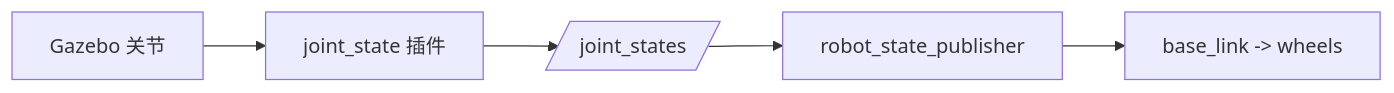
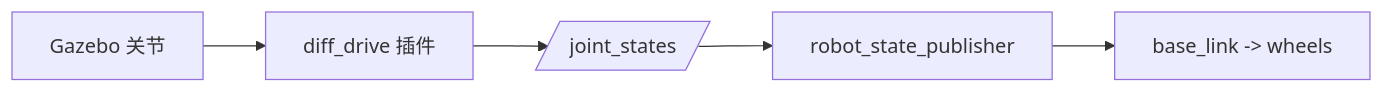
One commit to OpenHUTB/ros2 changed the second of 2 diagrams in docs/chapter/chap1/gazebo_04_diff_drive.md. Above: the diagram before and after it, drawn with Mermaid. The commit also changed other lines of this file and 8 other files, not shown here.

Commit message:
docs: add Gazebo tutorial effect diagrams

````diff
--- a/docs/chapter/chap1/gazebo_04_diff_drive.md
+++ b/docs/chapter/chap1/gazebo_04_diff_drive.md
@@ -111,7 +109,7 @@
 ```mermaid
 graph LR
-  G[Gazebo 关节] --> J[joint_state 插件]
-  J --> JS[/joint_states/]
+  G[Gazebo 关节] --> D[diff_drive 插件]
+  D --> JS[/joint_states/]
   JS --> R[robot_state_publisher]
   R --> TF[base_link -> wheels]
 ```
````
